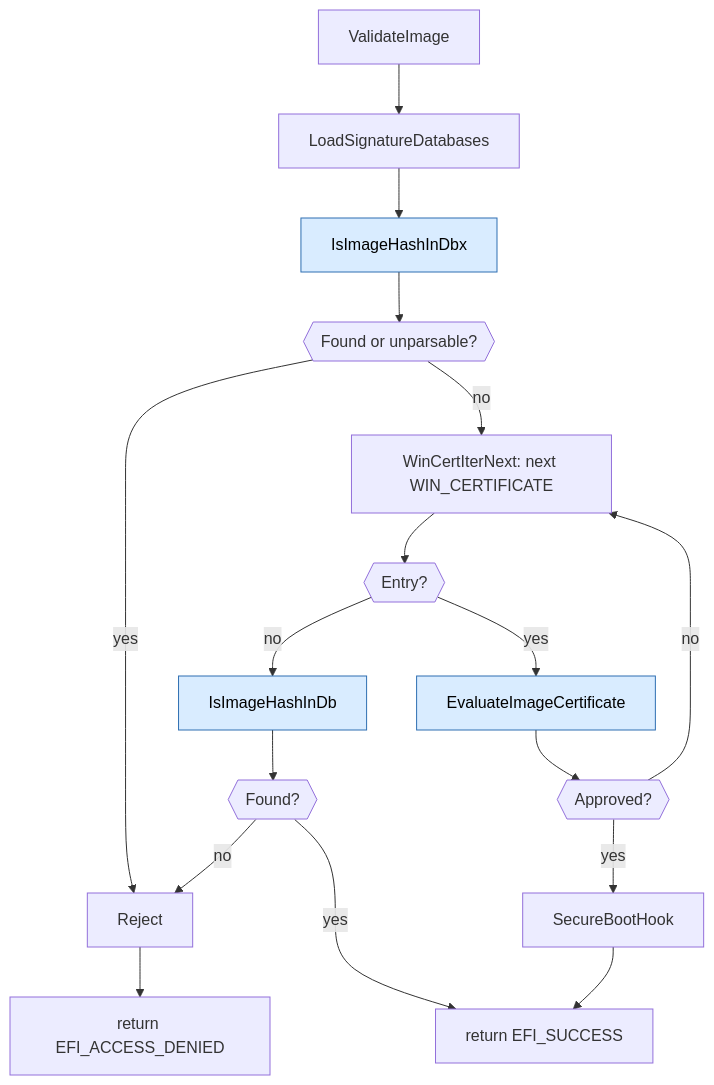
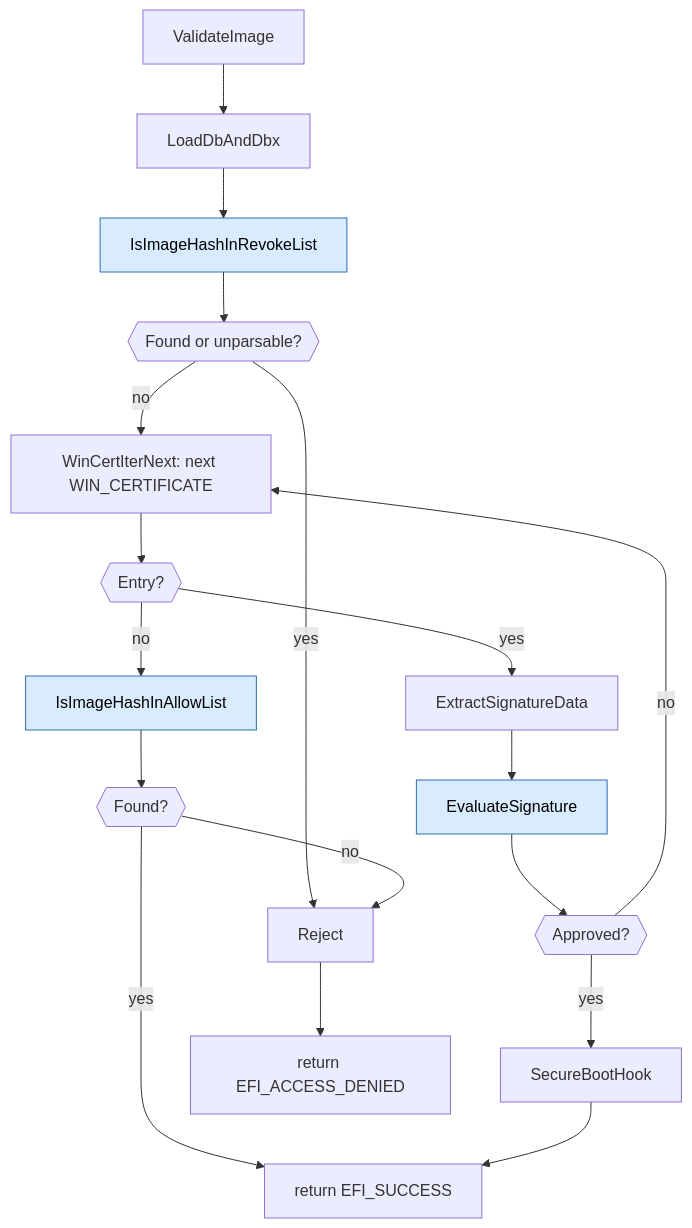
One commit to microsoft/mu_basecore changed the second of 5 diagrams in SecurityPkg/Library/DxeImageVerificationLib2/README.md. Above: the diagram before and after it, drawn with Mermaid. The commit also changed other lines of this file and 17 other files, not shown here.

````diff
--- a/SecurityPkg/Library/DxeImageVerificationLib2/README.md
+++ b/SecurityPkg/Library/DxeImageVerificationLib2/README.md
@@ -114,22 +115,23 @@
 ```mermaid
 flowchart TD
-    A[ValidateImage] --> B[LoadSignatureDatabases]
-    B --> S1[IsImageHashInDbx]
+    A[ValidateImage] --> B[LoadDbAndDbx]
+    B --> S1[IsImageHashInRevokeList]
     S1 --> S1Q{{Found or unparsable?}}
     S1Q -- yes --> R[Reject]
     S1Q -- no  --> D1[WinCertIterNext: next WIN_CERTIFICATE]
     D1 --> D2{{Entry?}}
-    D2 -- yes --> IA[EvaluateImageCertificate]
+    D2 -- yes --> EA[ExtractSignatureData]
+    EA --> IA[EvaluateSignature]
     IA --> IA1{{Approved?}}
     IA1 -- yes --> G[SecureBootHook]
     IA1 -- no --> D1
-    D2 -- no  --> H[IsImageHashInDb]
+    D2 -- no  --> H[IsImageHashInAllowList]
     H --> H1{{Found?}}
     H1 -- yes --> S
     H1 -- no  --> R
     G --> S[return EFI_SUCCESS]
     R --> X[return EFI_ACCESS_DENIED]
 
     classDef drill fill:#d9ecff,stroke:#2f6fb2,color:#000;
     class IA,S1,H drill;
 ```
````
